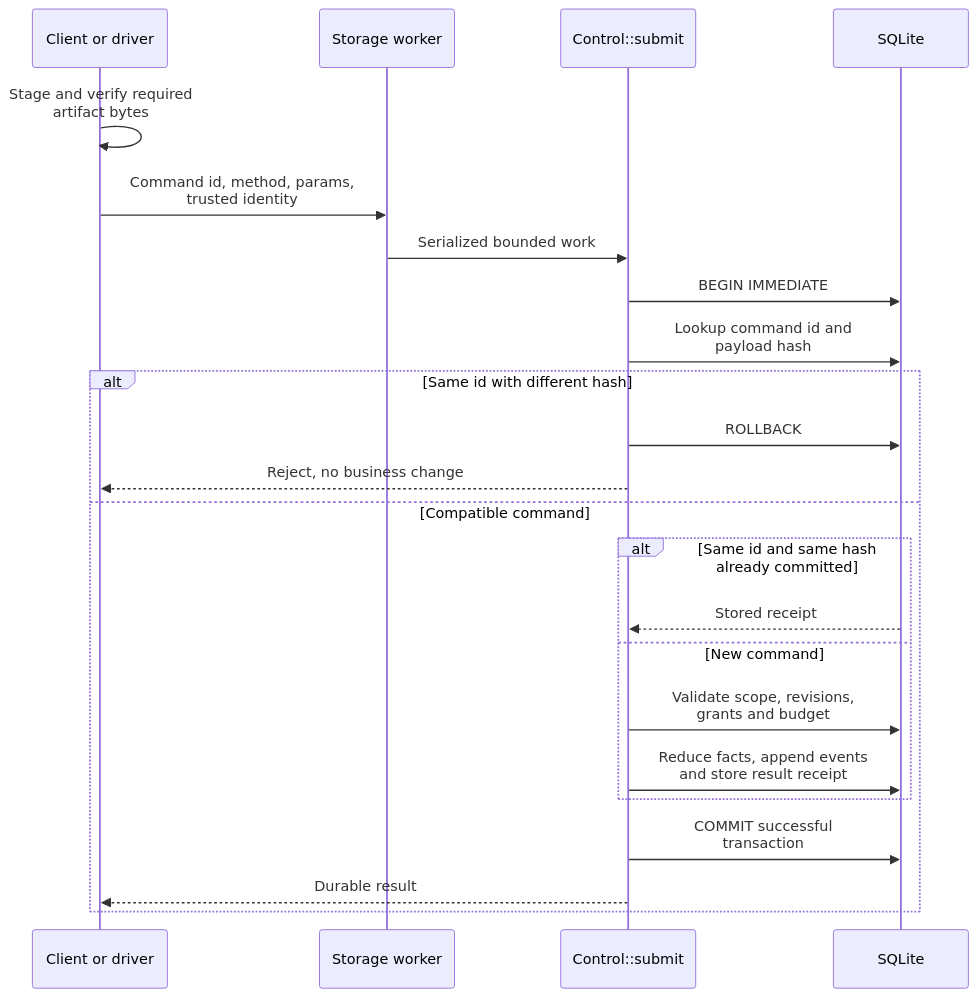
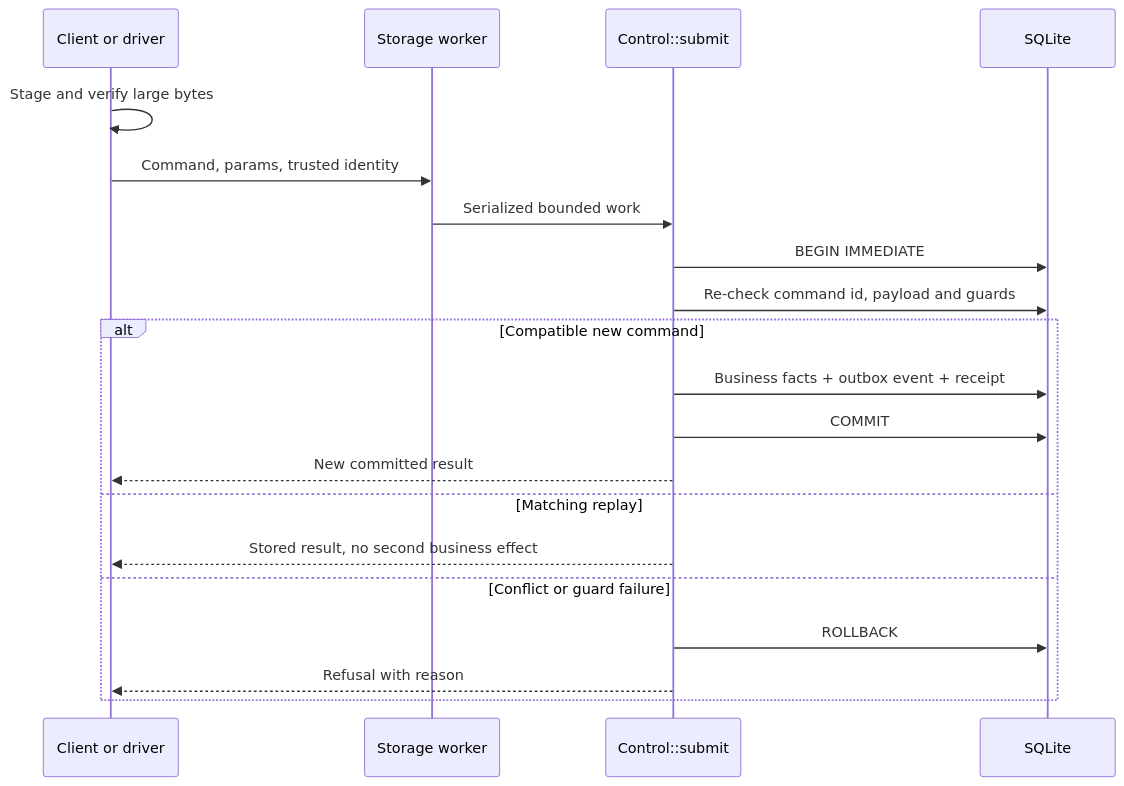
One commit to seek-hope/TeamAgents changed the second of 3 diagrams in docs/ARCHITECTURE.md. Above: the diagram before and after it, drawn with Mermaid. The commit also changed other lines of this file and 13547 other files, not shown here.

````diff
--- a/docs/ARCHITECTURE.md
+++ b/docs/ARCHITECTURE.md
@@ -347,27 +36,26 @@
 ```mermaid
 sequenceDiagram
-    accTitle: Atomic control command
-    accDescr: A stable command id is checked under the SQLite write lock. Business facts, outbox events and the command receipt commit together, while large bytes are staged outside the transaction.
+    accTitle: Atomic Control Command
+    accDescr: A stable command id is checked under the write lock before business facts, outbox events and the receipt commit together.
+
     participant Caller as Client or driver
     participant Worker as Storage worker
     participant Control as Control::submit
     participant DB as SQLite
-    Caller->>Caller: Stage and verify required<br/>artifact bytes
-    Caller->>Worker: Command id, method, params,<br/>trusted identity
+
+    Caller->>Caller: Stage and verify large bytes
+    Caller->>Worker: Command, params, trusted identity
     Worker->>Control: Serialized bounded work
     Control->>DB: BEGIN IMMEDIATE
-    Control->>DB: Lookup command id and<br/>payload hash
-    alt Same id with different hash
+    Control->>DB: Re-check command id, payload and guards
+    alt Compatible new command
+        Control->>DB: Business facts + outbox event + receipt
+        Control->>DB: COMMIT
+        Control-->>Caller: New committed result
+    else Matching replay
+        Control-->>Caller: Stored result, no second business effect
+    else Conflict or guard failure
         Control->>DB: ROLLBACK
-        Control-->>Caller: Reject, no business change
-    else Compatible command
-        alt Same id and same hash already committed
-            DB-->>Control: Stored receipt
-        else New command
-            Control->>DB: Validate scope, revisions,<br/>grants and budget
-            Control->>DB: Reduce facts, append events<br/>and store result receipt
-        end
-        Control->>DB: COMMIT successful<br/>transaction
-        Control-->>Caller: Durable result
+        Control-->>Caller: Refusal with reason
     end
 ```
````
